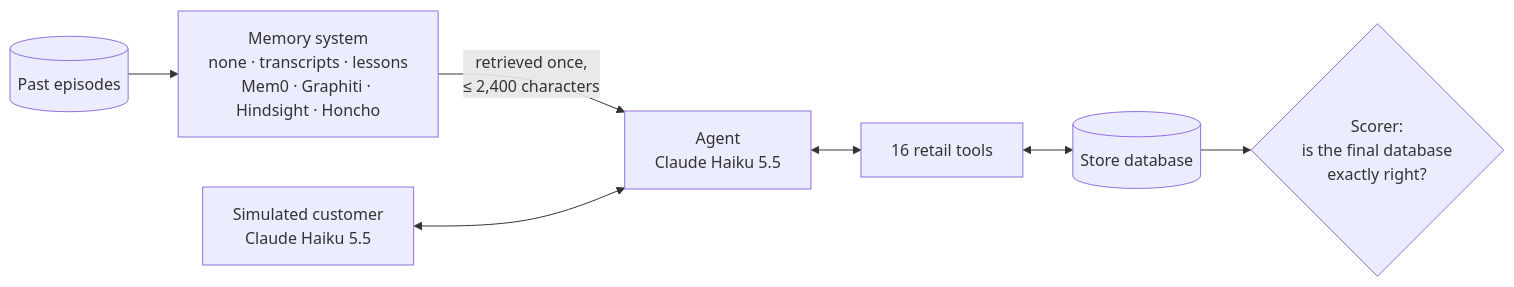
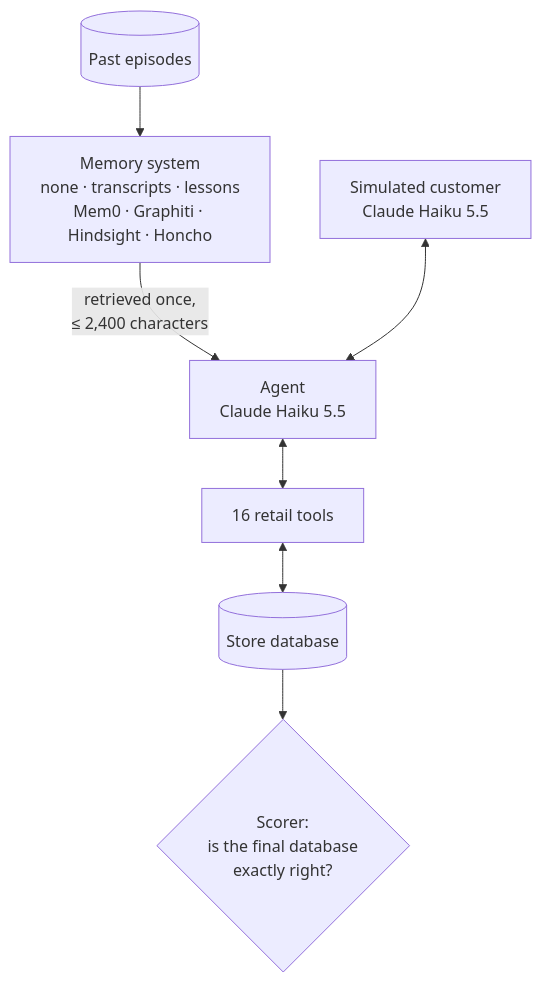
One commit to nicholas-yi/AfterEvidence changed the diagram in README.md. Above: the diagram before and after it, drawn with Mermaid. The commit also changed other lines of this file, not shown here.

First line of the commit message:
README: top-down diagram, own structure, results-only takeaways

````diff
--- a/README.md
+++ b/README.md
@@ -56,9 +56,9 @@
 ```mermaid
-flowchart LR
+flowchart TD
     H[("Past episodes")] --> M["Memory system<br/>none · transcripts · lessons<br/>Mem0 · Graphiti · Hindsight · Honcho"]
     M -->|"retrieved once,<br/>≤ 2,400 characters"| A["Agent<br/>Claude Haiku 5.5"]
     C["Simulated customer<br/>Claude Haiku 5.5"] <--> A
     A <--> T["16 retail tools"]
     T <--> DB[("Store database")]
     DB --> S{"Scorer:<br/>is the final database<br/>exactly right?"}
 ```
````
